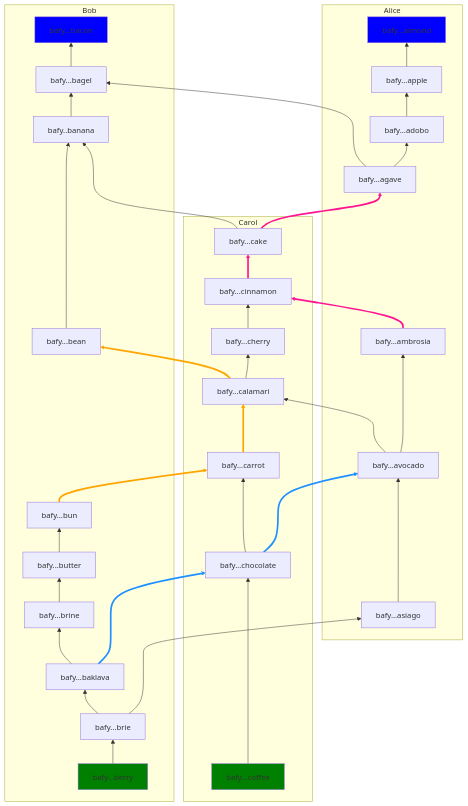
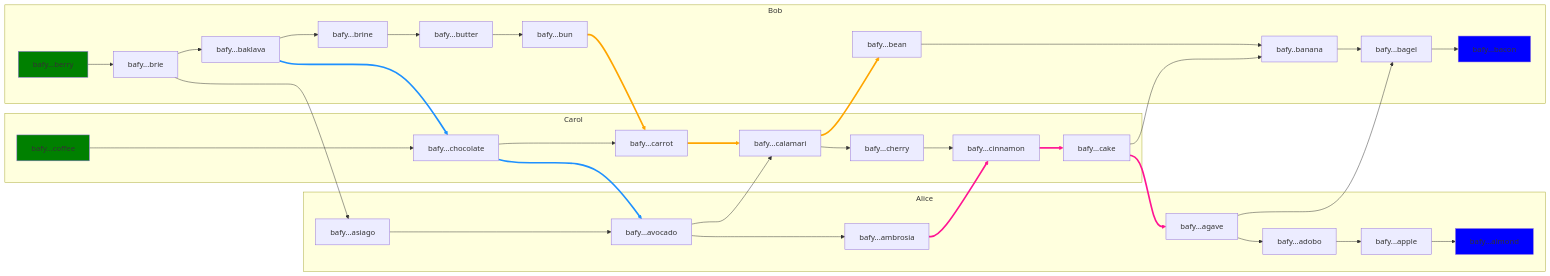
Before and after one commit to RhizomeDB/spec: the fifth of 7 diagrams in README.md, drawn with Mermaid.

Commit message:
Rotate diagram

````diff
--- a/README.md
+++ b/README.md
@@ -488,9 +488,8 @@
 ``` mermaid
-flowchart BT
+flowchart LR
     classDef genesis fill: blue;
     classDef head    fill: green;
 
-    %% style Alice fill:#f9f, stroke-width: 0
     subgraph Alice
         almond[bafy...almond]:::genesis
         apple[bafy...apple]
@@ -501,7 +500,6 @@
         asiago[bafy...asiago]
     end
 
-    %% style Bob fill: PaleGoldenRod, stroke-width: 0
     subgraph Bob
         bacon[bafy...bacon]:::genesis
         bagel[bafy...bagel]
@@ -515,7 +513,6 @@
         berry[bafy...berry]:::head
     end
 
-    %% style Carol fill: DeepSkyBlue, stroke-width: 0
     subgraph Carol
       cake[bafy...cake]
       cinnamon[bafy...cinnamon]
````
